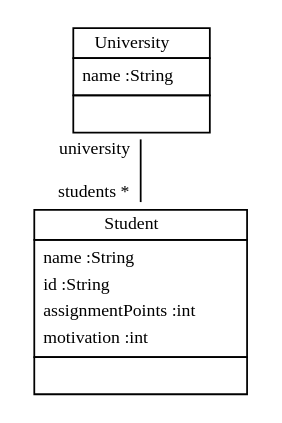
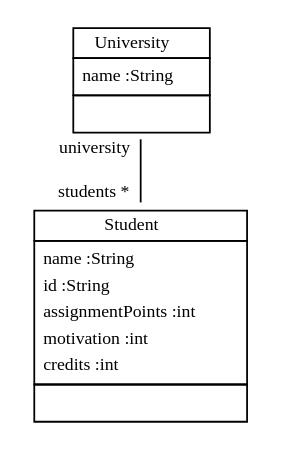
One commit to fujaba/SDMLib changed the diagram in doc/StudyRight with assignments class generation 03.dot. Above: the diagram before and after it, drawn with Graphviz. The commit also changed 56 other files, not shown here.

```diff
--- a/doc/StudyRight with assignments class generation 03.dot
+++ b/doc/StudyRight with assignments class generation 03.dot
@@ -1,13 +1,13 @@
 
  digraph ClassDiagram {
     node [shape = none, fontsize = 10]; 
     edge [fontsize = 10];
     
     
     _University [label=<<table border='0' cellborder='1' cellspacing='0'> <tr> <td HREF="../examples/org/sdmlib/examples/studyrightWithAssignments/University.java">University</td> </tr> <tr><td><table border='0' cellborder='0' cellspacing='0'> <tr><td align='left'>name :String</td></tr>  </table></td></tr> <tr><td><table border='0' cellborder='0' cellspacing='0'> <tr><td> </td></tr> </table></td></tr> </table>>];
-    _Student [label=<<table border='0' cellborder='1' cellspacing='0'> <tr> <td HREF="../examples/org/sdmlib/examples/studyrightWithAssignments/Student.java">Student</td> </tr> <tr><td><table border='0' cellborder='0' cellspacing='0'> <tr><td align='left'>name :String</td></tr> <tr><td align='left'>id :String</td></tr> <tr><td align='left'>assignmentPoints :int</td></tr> <tr><td align='left'>motivation :int</td></tr>  </table></td></tr> <tr><td><table border='0' cellborder='0' cellspacing='0'> <tr><td> </td></tr> </table></td></tr> </table>>];
+    _Student [label=<<table border='0' cellborder='1' cellspacing='0'> <tr> <td HREF="../examples/org/sdmlib/examples/studyrightWithAssignments/Student.java">Student</td> </tr> <tr><td><table border='0' cellborder='0' cellspacing='0'> <tr><td align='left'>name :String</td></tr> <tr><td align='left'>id :String</td></tr> <tr><td align='left'>assignmentPoints :int</td></tr> <tr><td align='left'>motivation :int</td></tr> <tr><td align='left'>credits :int</td></tr>  </table></td></tr> <tr><td><table border='0' cellborder='0' cellspacing='0'> <tr><td> </td></tr> </table></td></tr> </table>>];
     
     
     
     _University -> _Student [headlabel = "students *" taillabel = "university" arrowhead = "none" ];
 }
```
